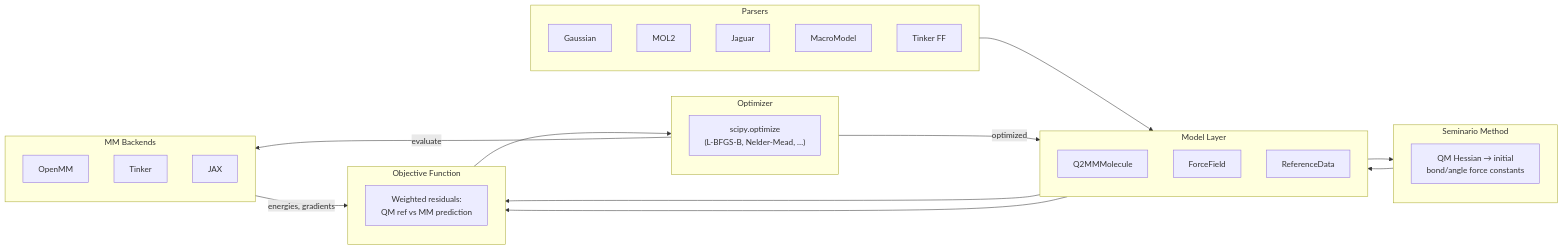
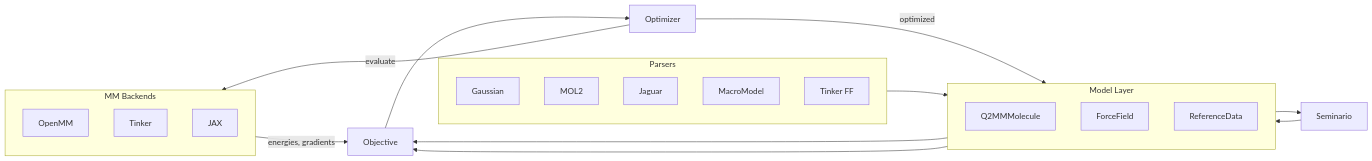
Before and after one commit to ericchansen/q2mm: the diagram in docs/index.md, drawn with Mermaid. The commit also changed 8 other files, not shown here.

First line of the commit message:
docs: standardize mermaid diagrams and add per-backend pages

````diff
--- a/docs/index.md
+++ b/docs/index.md
@@ -30,46 +30,38 @@
 ```mermaid
 flowchart LR
-    subgraph Parsers["Parsers"]
+    subgraph Parsers
         direction TB
         G[Gaussian]
         M[MOL2]
         J[Jaguar]
         MM[MacroModel]
         T[Tinker FF]
     end
 
     subgraph Models["Model Layer"]
         direction TB
         MOL[Q2MMMolecule]
         FF[ForceField]
         RD[ReferenceData]
     end
 
-    subgraph Seminario["Seminario Method"]
-        SEM["QM Hessian → initial\nbond/angle force constants"]
-    end
-
-    subgraph Objective["Objective Function"]
-        OBJ["Weighted residuals:\nQM ref vs MM prediction"]
-    end
-
-    subgraph Optimizer["Optimizer"]
-        OPT["scipy.optimize\n(L-BFGS-B, Nelder-Mead, …)"]
-    end
+    SEM[Seminario]
+    OBJ[Objective]
+    OPT[Optimizer]
 
     subgraph Backends["MM Backends"]
         direction TB
         OMM[OpenMM]
         TK[Tinker]
         JX[JAX]
     end
 
     Parsers --> Models
-    Models --> Seminario --> FF
-    FF --> Objective
-    RD --> Objective
-    Objective --> Optimizer
-    Optimizer -->|evaluate| Backends
-    Backends -->|energies, gradients| Objective
-    Optimizer -->|optimized| FF
+    Models --> SEM --> FF
+    FF --> OBJ
+    RD --> OBJ
+    OBJ --> OPT
+    OPT -->|evaluate| Backends
+    Backends -->|energies, gradients| OBJ
+    OPT -->|optimized| FF
 ```
````
